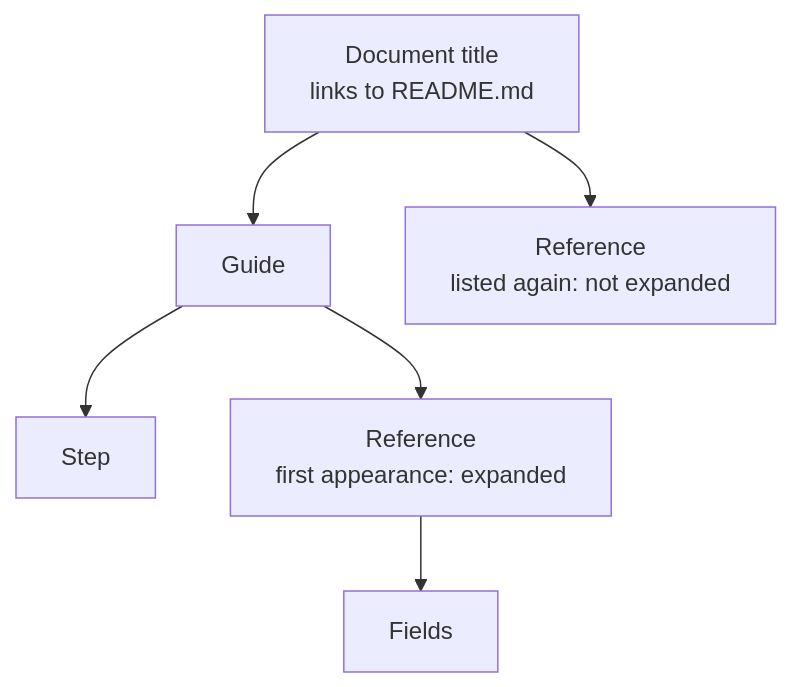
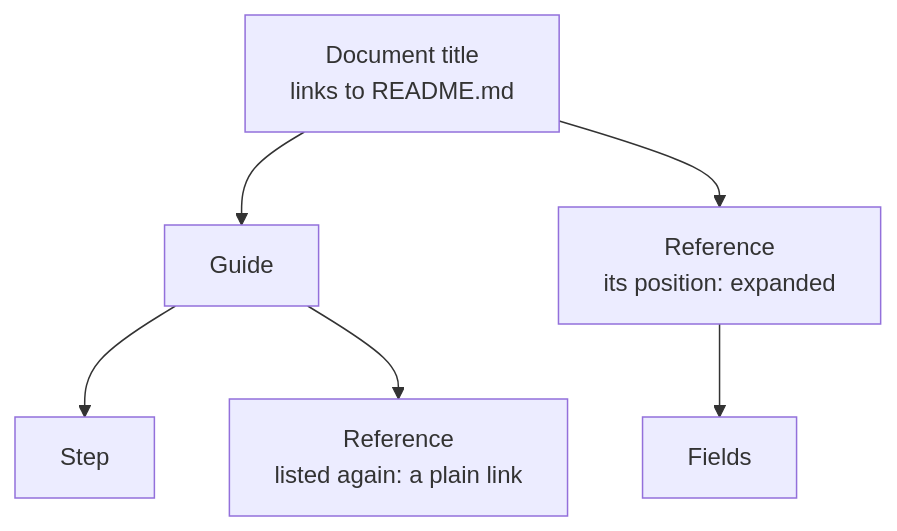
Before and after one commit to andrei512/devpage: the diagram in docs/boxes/viewer/organizing-navigation/README.md, drawn with Mermaid. The commit also changed other lines of this file and 7 other files, not shown here.

First line of the commit message:
A page listed twice has one position: its shallowest listing

````diff
--- a/docs/boxes/viewer/organizing-navigation/README.md
+++ b/docs/boxes/viewer/organizing-navigation/README.md
@@ -94,12 +95,12 @@
 ```mermaid
 flowchart TD
   title["Document title<br/>links to README.md"] --> guide["Guide"]
-  title --> ref2["Reference<br/>listed again: not expanded"]
+  title --> ref1["Reference<br/>its position: expanded"]
   guide --> step["Step"]
-  guide --> ref1["Reference<br/>first appearance: expanded"]
+  guide --> ref2["Reference<br/>listed again: a plain link"]
   ref1 --> fields["Fields"]
   click title href "../configuration-reference/README.md#site" "The root page"
   click guide href "#a-topics-section" "A Topics section"
   click ref1 href "../navigation-tree/README.md#building-the-tree-and-stopping-cycles" "How repeats are stopped"
   click ref2 href "../navigation-tree/README.md#building-the-tree-and-stopping-cycles" "How repeats are stopped"
 ```
````
